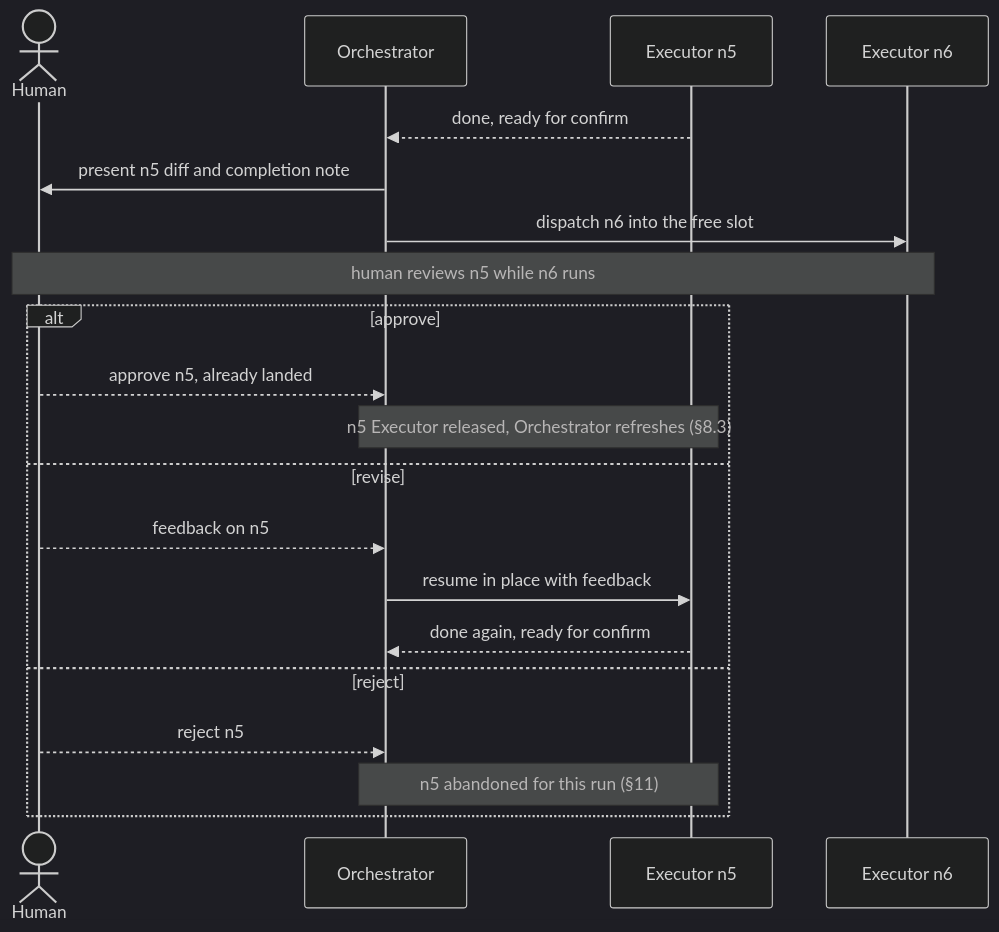
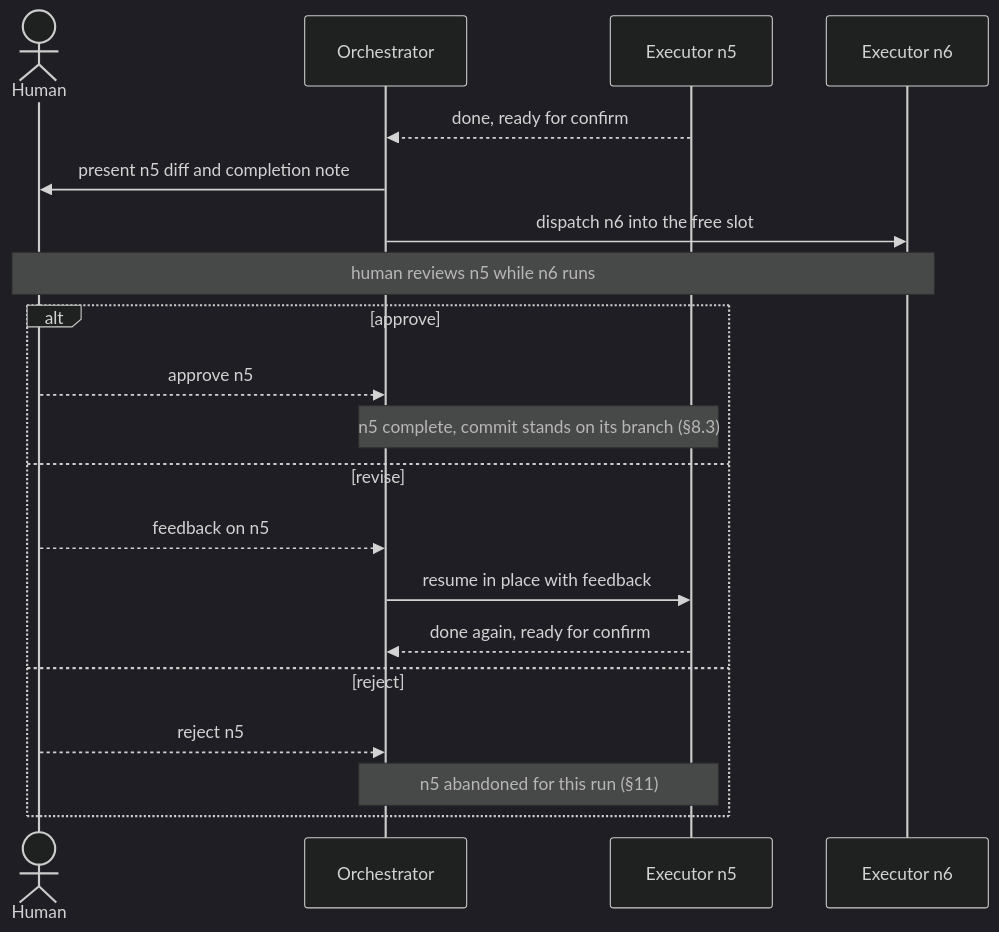
One commit to hyunbumy/devflow changed the fourth of 4 diagrams in docs/design.md. Above: the diagram before and after it, drawn with Mermaid (dark theme). The commit also changed other lines of this file and 1 other file, not shown here.

````diff
--- a/docs/design.md
+++ b/docs/design.md
@@ -446,23 +491,23 @@
 ```mermaid
 sequenceDiagram
     actor H as Human
     participant O as Orchestrator
     participant E5 as Executor n5
     participant E6 as Executor n6
 
     E5-->>O: done, ready for confirm
     O->>H: present n5 diff and completion note
     O->>E6: dispatch n6 into the free slot
     Note over H,E6: human reviews n5 while n6 runs
     alt approve
-        H-->>O: approve n5, already landed
-        Note over O,E5: n5 Executor released, Orchestrator refreshes (§8.3)
+        H-->>O: approve n5
+        Note over O,E5: n5 complete, commit stands on its branch (§8.3)
     else revise
         H-->>O: feedback on n5
         O->>E5: resume in place with feedback
         E5-->>O: done again, ready for confirm
     else reject
         H-->>O: reject n5
         Note over O,E5: n5 abandoned for this run (§11)
     end
 ```
````
